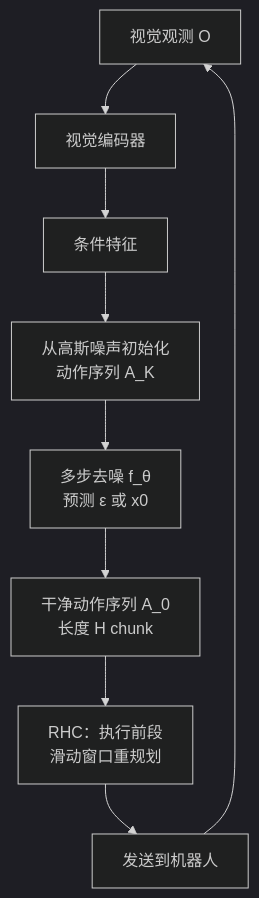
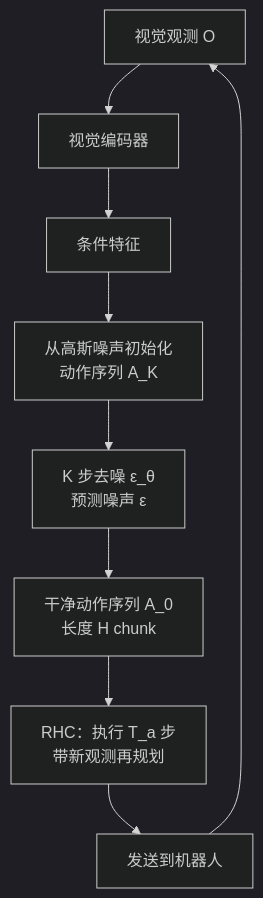
The first of 3 diagrams in papers/01_Foundational_RL/Diffusion_Policy/Diffusion_Policy.md (ImChong/Robot_Learning_Paper_Notebooks), drawn with Mermaid (dark theme) before and after one commit. The commit also changed other lines of this file and 5 other files, not shown here.

```diff
--- a/papers/01_Foundational_RL/Diffusion_Policy/Diffusion_Policy.md
+++ b/papers/01_Foundational_RL/Diffusion_Policy/Diffusion_Policy.md
@@ -140,11 +156,11 @@
 <div class="mermaid">
 flowchart TB
     O["视觉观测 O"] --> Enc["视觉编码器"]
     Enc --> Cond["条件特征"]
     Cond --> S0["从高斯噪声初始化<br/>动作序列 A_K"]
-    S0 --> Denoise["多步去噪 f_θ<br/>预测 ε 或 x0"]
+    S0 --> Denoise["K 步去噪 ε_θ<br/>预测噪声 ε"]
     Denoise --> Ak["干净动作序列 A_0<br/>长度 H chunk"]
-    Ak --> RHC["RHC：执行前段<br/>滑动窗口重规划"]
+    Ak --> RHC["RHC：执行 T_a 步<br/>带新观测再规划"]
     RHC --> Exec["发送到机器人"]
     Exec --> O
 </div>
```
